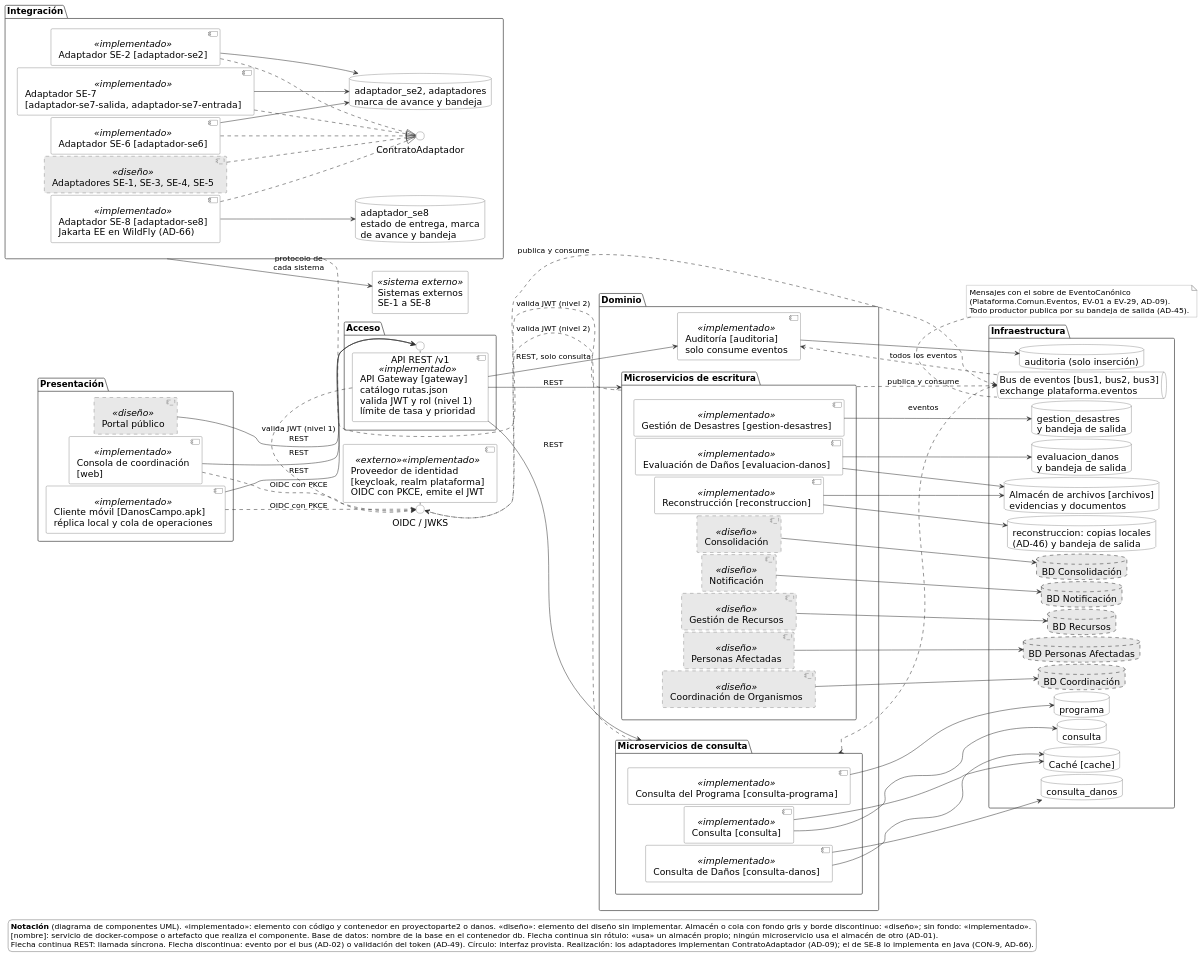
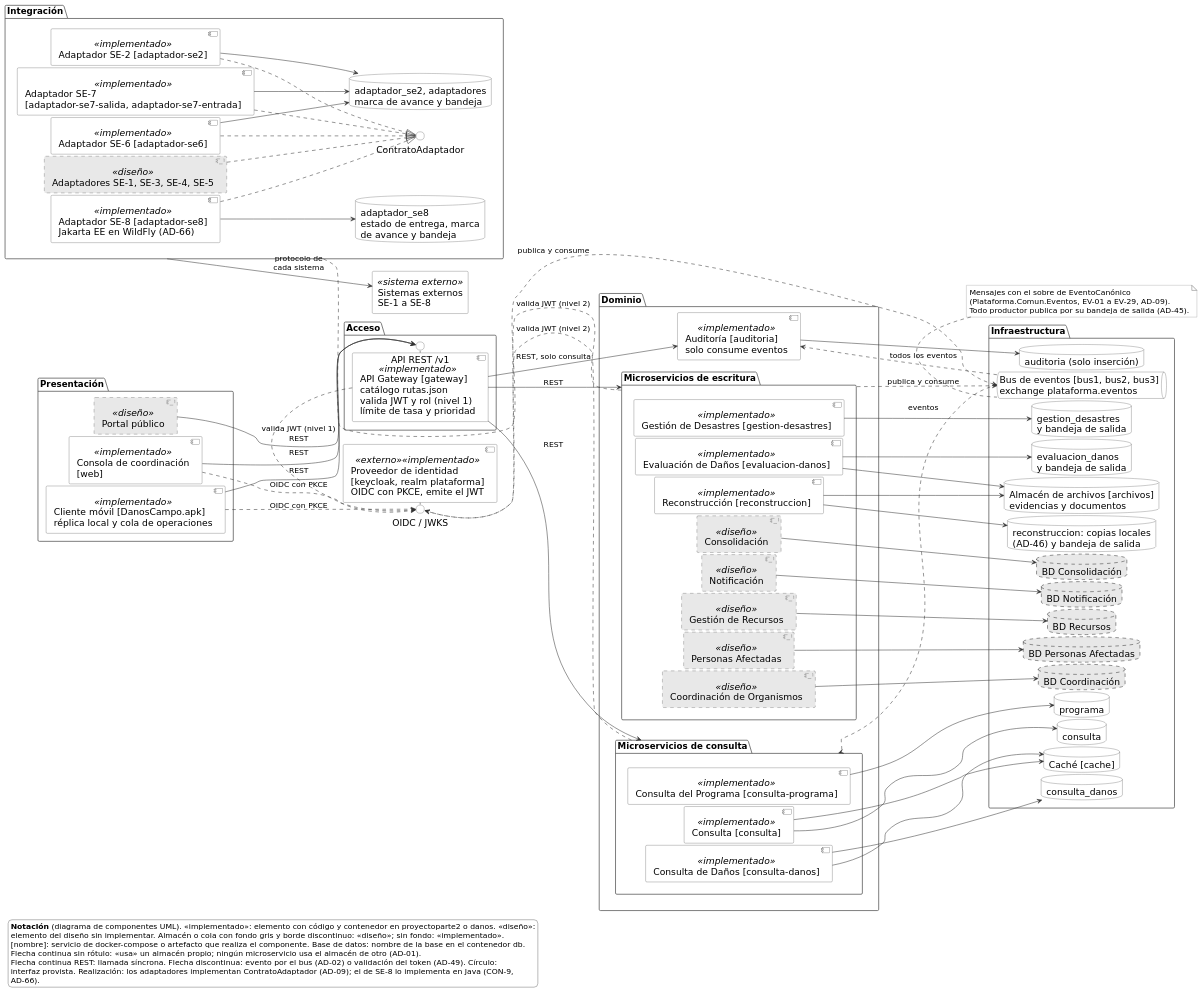
One commit to Gantu78/documentos changed the diagram in sad/figuras/vista_logica.puml. Above: the diagram before and after it, drawn with PlantUML. The commit also changed 29 other files, not shown here.

```diff
--- a/sad/figuras/vista_logica.puml
+++ b/sad/figuras/vista_logica.puml
@@ -1,188 +1,192 @@
 @startuml vista_logica
 ' SAD v1.2 - Vista lógica: diagrama de componentes UML del diseño completo (AD-01, AD-02, AD-04, AD-08, AD-09, AD-15, AD-21, AD-45, AD-46, AD-49)
 skinparam shadowing false
 skinparam defaultFontName "DejaVu Sans"
 skinparam defaultFontSize 12
 skinparam ArrowFontSize 10
 skinparam ArrowColor #333333
 skinparam componentStyle uml2
 skinparam BackgroundColor #FFFFFF
 skinparam ComponentBorderColor #333333
 skinparam ComponentBackgroundColor #FFFFFF
 skinparam ComponentBackgroundColor<<diseño>> #E8E8E8
 skinparam ComponentBorderStyle<<diseño>> dashed
 skinparam DatabaseBorderColor #333333
 skinparam DatabaseBackgroundColor #FFFFFF
 skinparam DatabaseBackgroundColor<<diseño>> #E8E8E8
 skinparam QueueBorderColor #333333
 skinparam QueueBackgroundColor #FFFFFF
 skinparam QueueBackgroundColor<<diseño>> #E8E8E8
 skinparam NodeBorderColor #333333
 skinparam NodeBackgroundColor #FFFFFF
 skinparam NodeBackgroundColor<<diseño>> #E8E8E8
 skinparam ArtifactBorderColor #333333
 skinparam ArtifactBackgroundColor #FFFFFF
 skinparam PackageBorderColor #555555
 skinparam PackageBackgroundColor #FFFFFF
 skinparam PackageBackgroundColor<<diseño>> #EFEFEF
 skinparam FrameBorderColor #555555
 skinparam InterfaceBorderColor #333333
 skinparam InterfaceBackgroundColor #FFFFFF
 skinparam ActorBorderColor #333333
 skinparam ActorBackgroundColor #FFFFFF
 skinparam UsecaseBorderColor #333333
 skinparam UsecaseBackgroundColor #FFFFFF
 skinparam UsecaseBackgroundColor<<diseño>> #E8E8E8
 skinparam RectangleBorderColor #333333
 skinparam RectangleBackgroundColor #FFFFFF
 skinparam NoteBorderColor #777777
 skinparam NoteBackgroundColor #FFFFFF
 skinparam NoteFontSize 10
 skinparam LegendBorderColor #777777
 skinparam LegendBackgroundColor #FFFFFF
 skinparam LegendFontSize 10
 skinparam StereotypeFontSize 10
 skinparam ParticipantBorderColor #333333
 skinparam ParticipantBackgroundColor #FFFFFF
 skinparam ParticipantBackgroundColor<<diseño>> #E8E8E8
 skinparam SequenceLifeLineBorderColor #555555
 skinparam SequenceGroupBorderColor #555555
 skinparam SequenceGroupBackgroundColor #F2F2F2
 skinparam SequenceBoxBorderColor #777777
 skinparam SequenceBoxBackgroundColor #FFFFFF
 skinparam SequenceDividerBackgroundColor #F2F2F2
 skinparam defaultFontSize 18
 skinparam ArrowFontSize 15
 skinparam StereotypeFontSize 14
 skinparam LegendFontSize 15
 skinparam NoteFontSize 15
 skinparam PackageFontSize 17
 left to right direction
 skinparam nodesep 4
 skinparam ranksep 28
 
 
 package "Presentación" as L1 {
   component "Consola de coordinación\n[web]" <<implementado>> as CC
   component "Portal público" <<diseño>> as PP
   component "Cliente móvil [DanosCampo.apk]\nréplica local y cola de operaciones" <<implementado>> as CM
 }
 
 component "Proveedor de identidad\n[keycloak, realm plataforma]\nOIDC con PKCE, emite el JWT" <<externo>> <<implementado>> as IDP
 interface "OIDC / JWKS" as IOIDC
 IDP - IOIDC
 
 package "Acceso" as L2 {
   component "API Gateway [gateway]\ncatálogo rutas.json\nvalida JWT y rol (nivel 1)\nlímite de tasa y prioridad" <<implementado>> as GW
   interface "API REST /v1" as IREST
   GW - IREST
 }
 
 package "Dominio" as L3 {
   package "Microservicios de escritura" as WR {
     component "Gestión de Desastres [gestion-desastres]" <<implementado>> as GD
     component "Evaluación de Daños [evaluacion-danos]" <<implementado>> as ED
     component "Reconstrucción [reconstruccion]" <<implementado>> as RC
     component "Consolidación" <<diseño>> as CO
     component "Notificación" <<diseño>> as NO
     component "Gestión de Recursos" <<diseño>> as GR
     component "Personas Afectadas" <<diseño>> as PA
     component "Coordinación de Organismos" <<diseño>> as CR
   }
   package "Microservicios de consulta" as RD {
     component "Consulta [consulta]" <<implementado>> as CQ
     component "Consulta de Daños [consulta-danos]" <<implementado>> as CD
     component "Consulta del Programa [consulta-programa]" <<implementado>> as CP
   }
   component "Auditoría [auditoria]\nsolo consume eventos" <<implementado>> as AU
 }
 
 package "Infraestructura" as L4 {
   database "gestion_desastres\ny bandeja de salida" as dGD
   database "evaluacion_danos\ny bandeja de salida" as dED
   database "reconstruccion: copias locales\n(AD-46) y bandeja de salida" as dRC
   database "Almacén de archivos [archivos]\nevidencias y documentos" as dAR
   database "BD Consolidación" as dCO #E8E8E8;line.dashed
   database "BD Notificación" as dNO #E8E8E8;line.dashed
   database "BD Recursos" as dGR #E8E8E8;line.dashed
   database "BD Personas Afectadas" as dPA #E8E8E8;line.dashed
   database "BD Coordinación" as dCR #E8E8E8;line.dashed
   database "consulta" as dCQ
   database "Caché [cache]" as dCA
   database "consulta_danos" as dCD
   database "programa" as dCP
   database "auditoria (solo inserción)" as dAU
   queue "Bus de eventos [bus1, bus2, bus3]\nexchange plataforma.eventos" as BUS
 }
 
 
 package "Integración" as ADS {
   component "Adaptador SE-2 [adaptador-se2]" <<implementado>> as A2
   component "Adaptador SE-6 [adaptador-se6]" <<implementado>> as A6
   component "Adaptador SE-7\n[adaptador-se7-salida, adaptador-se7-entrada]" <<implementado>> as A7
   component "Adaptador SE-8 [adaptador-se8]\nJakarta EE en WildFly (AD-66)" <<implementado>> as A8
   component "Adaptadores SE-1, SE-3, SE-4, SE-5" <<diseño>> as AX
   interface "ContratoAdaptador" as ICA
   database "adaptador_se2, adaptadores\nmarca de avance y bandeja" as dAD
   database "adaptador_se8\nestado de entrega, marca\nde avance y bandeja" as dA8
 }
 
 rectangle "Sistemas externos\nSE-1 a SE-8" <<sistema externo>> as SE
 
 CC --> IREST : REST
 PP --> IREST : REST
 CM --> IREST : REST
 CC ..> IOIDC : OIDC con PKCE
 CM ..> IOIDC : OIDC con PKCE
 GW .[norank].> IOIDC : valida JWT (nivel 1)
 WR .[norank].> IOIDC : valida JWT (nivel 2)
 RD .[norank].> IOIDC : valida JWT (nivel 2)
 GW --> WR : REST
 GW --> RD : REST
 GW --> AU : REST, solo consulta
 
 GD --> dGD
 
 ED --> dED
 ED --> dAR
 RC --> dRC
 RC --> dAR
 CO --> dCO
 NO --> dNO
 GR --> dGR
 PA --> dPA
 CR --> dCR
 CQ --> dCQ
 CQ --> dCA
 CD --> dCD
 CD --> dCA
 CP --> dCP
 AU --> dAU
 
 WR ..> BUS : publica y consume
 BUS ..> RD : eventos
 BUS ..> AU : todos los eventos
 ADS .[norank].> BUS : publica y consume
 A2 --> dAD
 A6 --> dAD
 A7 --> dAD
 A8 --> dA8
 A2 ..|> ICA
 A6 ..|> ICA
 A7 ..|> ICA
 A8 ..|> ICA
 AX ..|> ICA
 ADS --> SE : protocolo de\ncada sistema
 
 note top of BUS
   Mensajes con el sobre de EventoCanónico
   (Plataforma.Comun.Eventos, EV-01 a EV-29, AD-09).
   Todo productor publica por su bandeja de salida (AD-45).
 end note
 
 legend bottom left
-  **Notación** (diagrama de componentes UML). «implementado»: elemento con código y contenedor en proyectoparte2 o danos. «diseño»: elemento del diseño sin implementar. Almacén o cola con fondo gris y borde discontinuo: «diseño»; sin fondo: «implementado».
-  [nombre]: servicio de docker-compose o artefacto que realiza el componente. Base de datos: nombre de la base en el contenedor db. Flecha continua sin rótulo: «usa» un almacén propio; ningún microservicio usa el almacén de otro (AD-01).
-  Flecha continua REST: llamada síncrona. Flecha discontinua: evento por el bus (AD-02) o validación del token (AD-49). Círculo: interfaz provista. Realización: los adaptadores implementan ContratoAdaptador (AD-09); el de SE-8 lo implementa en Java (CON-9, AD-66).
+  **Notación** (diagrama de componentes UML). «implementado»: elemento con código y contenedor en proyectoparte2 o danos. «diseño»:
+  elemento del diseño sin implementar. Almacén o cola con fondo gris y borde discontinuo: «diseño»; sin fondo: «implementado».
+  [nombre]: servicio de docker-compose o artefacto que realiza el componente. Base de datos: nombre de la base en el contenedor db.
+  Flecha continua sin rótulo: «usa» un almacén propio; ningún microservicio usa el almacén de otro (AD-01).
+  Flecha continua REST: llamada síncrona. Flecha discontinua: evento por el bus (AD-02) o validación del token (AD-49). Círculo:
+  interfaz provista. Realización: los adaptadores implementan ContratoAdaptador (AD-09); el de SE-8 lo implementa en Java (CON-9,
+  AD-66).
 endlegend
 @enduml
```
